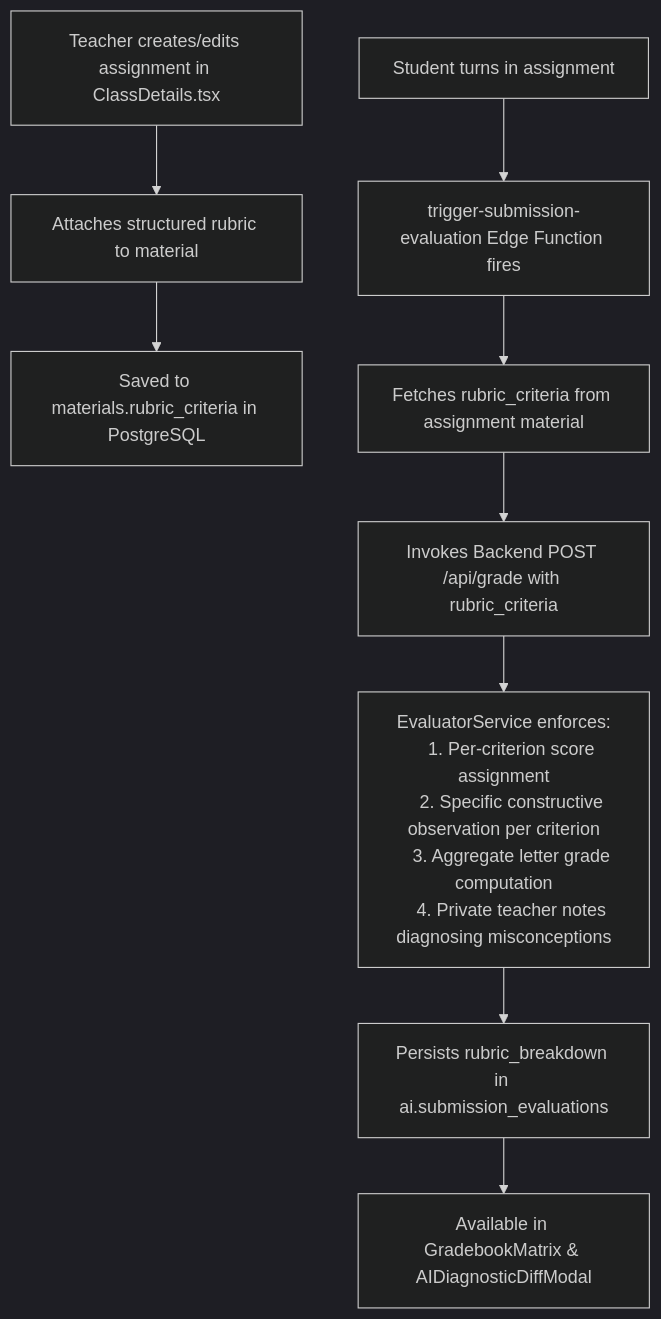
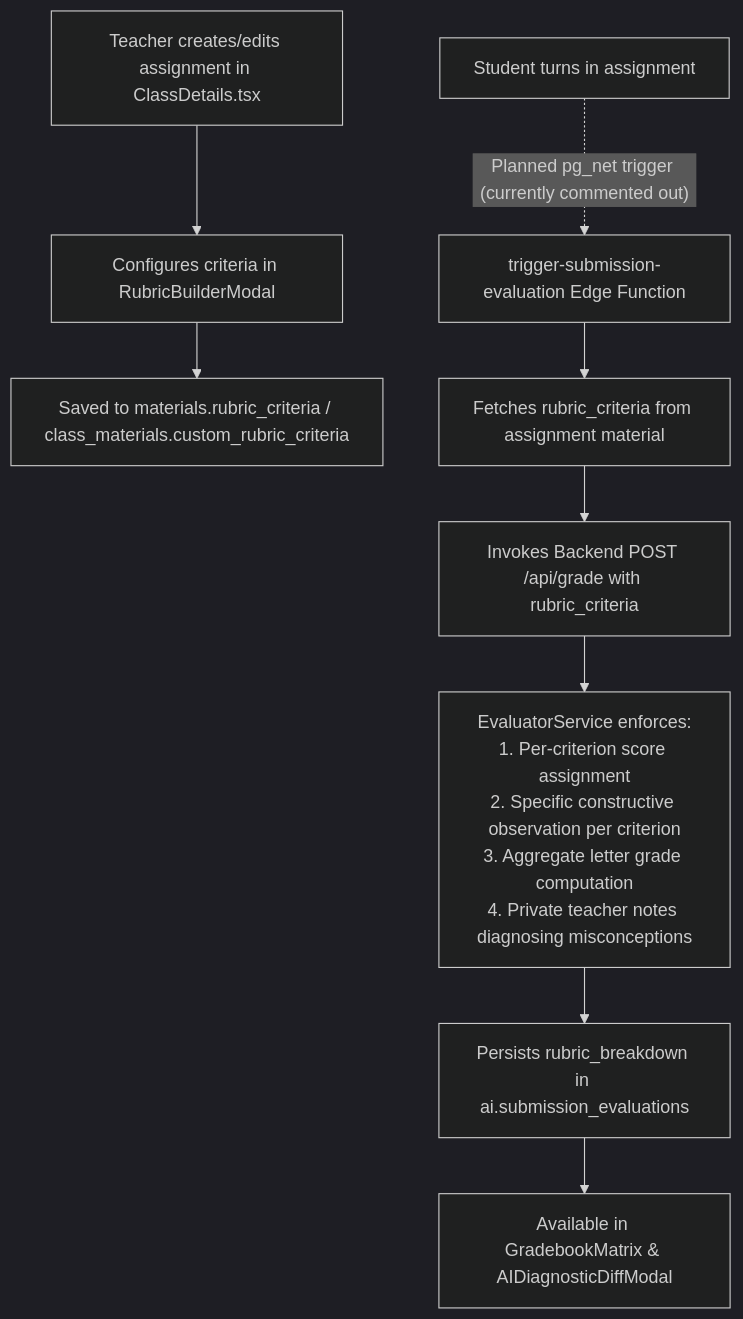
Before and after one commit to VictorBravo9er/Teacher-Assistant-Workspace: the third of 3 diagrams in docs/systems/workflows/instruction_rubric_workflows.md, drawn with Mermaid (dark theme). The commit also changed other lines of this file and 43 other files, not shown here.

````diff
--- a/docs/systems/workflows/instruction_rubric_workflows.md
+++ b/docs/systems/workflows/instruction_rubric_workflows.md
@@ -88,20 +93,16 @@
 ```mermaid
 %%{init: {'flowchart': {'curve': 'linear'}}}%%
 flowchart TD
-    Assign["Teacher creates/edits assignment in ClassDetails.tsx"] --> AttachRubric["Attaches structured rubric to material"]
-    AttachRubric --> SaveDB["Saved to materials.rubric_criteria in PostgreSQL"]
+    Assign["Teacher creates/edits assignment in ClassDetails.tsx"] --> AttachRubric["Configures criteria in RubricBuilderModal"]
+    AttachRubric --> SaveDB["Saved to materials.rubric_criteria / class_materials.custom_rubric_criteria"]
     
-    StudentSubmits["Student turns in assignment"] --> TriggerEval["trigger-submission-evaluation Edge Function fires"]
+    StudentSubmits["Student turns in assignment"] -.->|"Planned pg_net trigger (currently commented out)"| TriggerEval["trigger-submission-evaluation Edge Function"]
     
     TriggerEval --> FetchRubric["Fetches rubric_criteria from assignment material"]
     FetchRubric --> CallBE["Invokes Backend POST /api/grade with rubric_criteria"]
     
-    CallBE --> LLEval["EvaluatorService enforces:
-    1. Per-criterion score assignment
-    2. Specific constructive observation per criterion
-    3. Aggregate letter grade computation
-    4. Private teacher notes diagnosing misconceptions"]
+    CallBE --> LLEval["EvaluatorService enforces:<br/>1. Per-criterion score assignment<br/>2. Specific constructive observation per criterion<br/>3. Aggregate letter grade computation<br/>4. Private teacher notes diagnosing misconceptions"]
     
     LLEval --> StoreEval["Persists rubric_breakdown in ai.submission_evaluations"]
     StoreEval --> Gradebook["Available in GradebookMatrix & AIDiagnosticDiffModal"]
 ```
````
